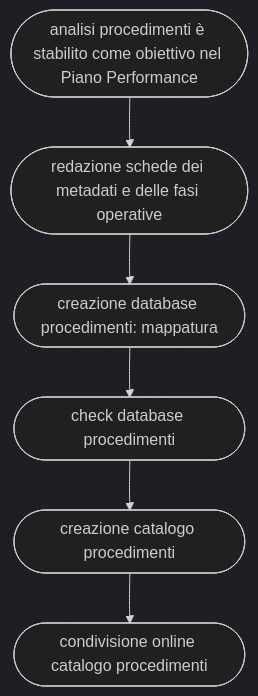
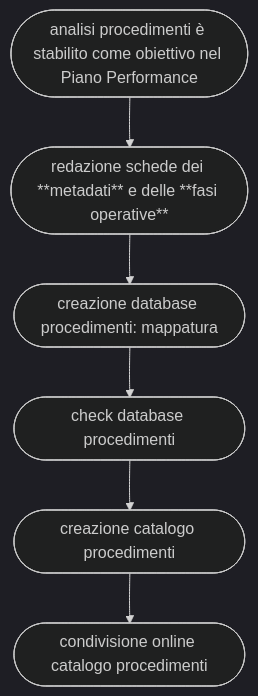
Before and after one commit to UO-TransizioneDigitaleComunePalermo/mappatura-procedimenti-amministrativi: the diagram in docs/index.md, drawn with Mermaid (dark theme).

````diff
--- a/docs/index.md
+++ b/docs/index.md
@@ -21,8 +21,8 @@
 ``` mermaid
 graph TD
-A([analisi procedimenti è stabilito come obiettivo nel Piano Performance]) --> B([redazione schede dei metadati e delle fasi operative])
+A([analisi procedimenti è stabilito come obiettivo nel Piano Performance]) --> B([redazione schede dei **metadati** e delle **fasi operative**])
 B --> C([creazione database procedimenti: mappatura]) 
 C --> D([check database procedimenti]) 
 D --> E([creazione catalogo procedimenti]) 
 E --> F([condivisione online catalogo procedimenti])
 ```
````
